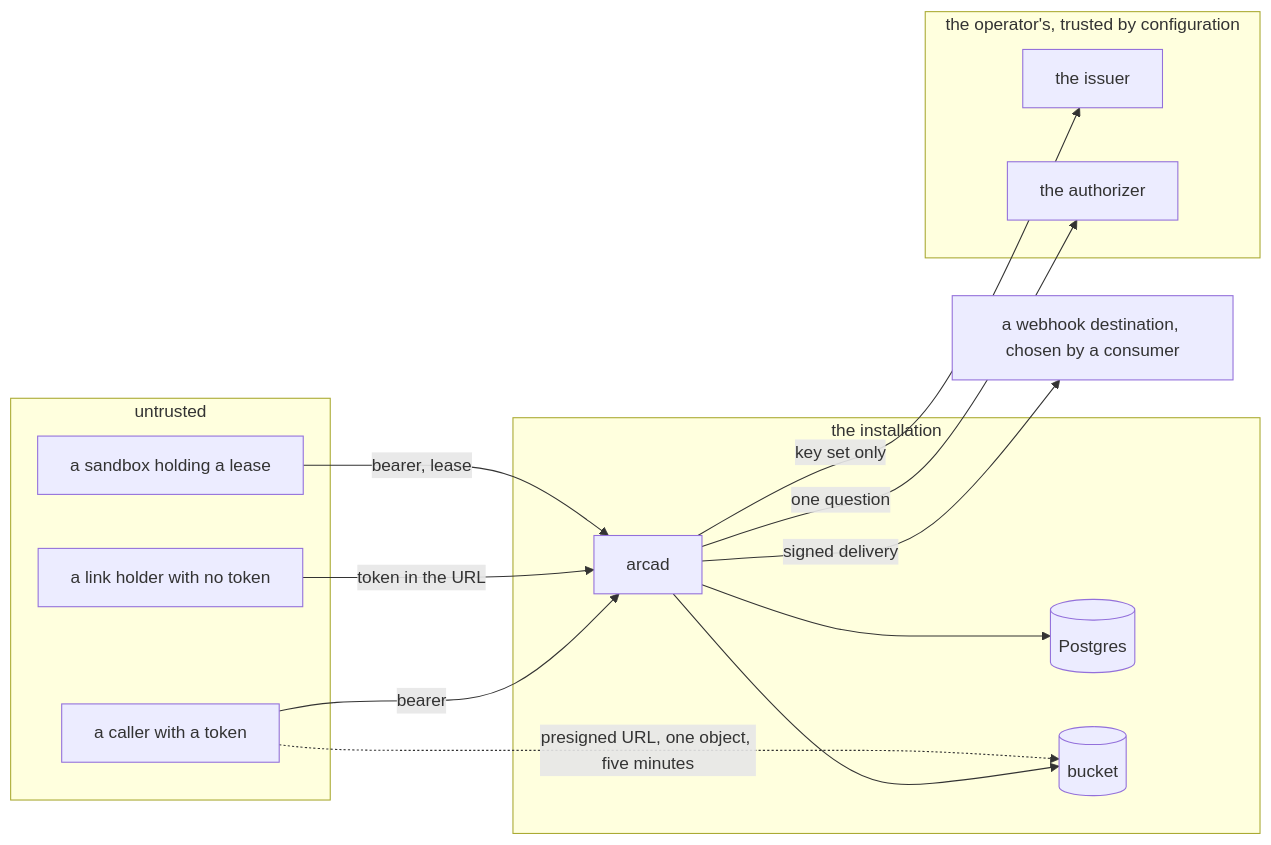
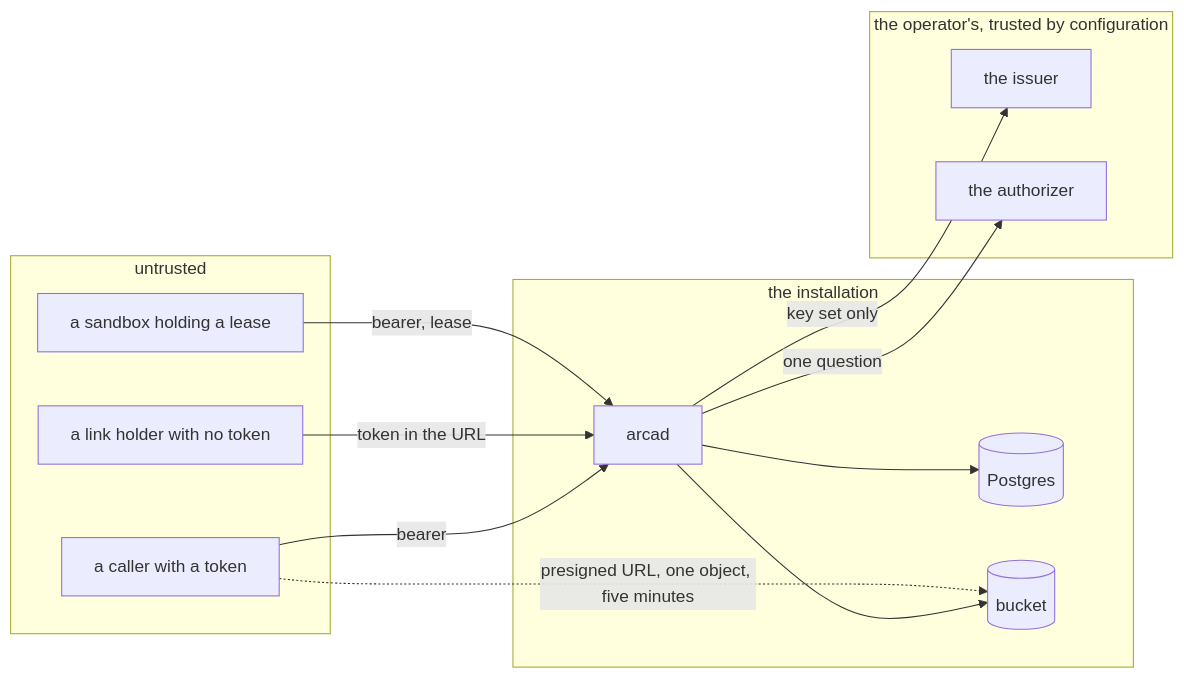
The diagram in specs/015-security-and-threat-model.md (latere-ai/arca), drawn with Mermaid before and after one commit. The commit also changed other lines of this file and 20 other files, not shown here.

````diff
--- a/specs/015-security-and-threat-model.md
+++ b/specs/015-security-and-threat-model.md
@@ -61,27 +59,25 @@
 ```mermaid
 flowchart LR
   subgraph untrusted[untrusted]
     C[a caller with a token]
     L[a link holder with no token]
     S[a sandbox holding a lease]
   end
   subgraph core[the installation]
     A[arcad]
     P[(Postgres)]
     B[(bucket)]
   end
   subgraph operator[the operator's, trusted by configuration]
     I[the issuer]
     Z[the authorizer]
   end
-  W[a webhook destination, chosen by a consumer]
   C -->|bearer| A
   L -->|token in the URL| A
   S -->|bearer, lease| A
   A --> P
   A --> B
   C -.->|presigned URL, one object, five minutes| B
   A -->|key set only| I
   A -->|one question| Z
-  A -->|signed delivery| W
 ```
````
